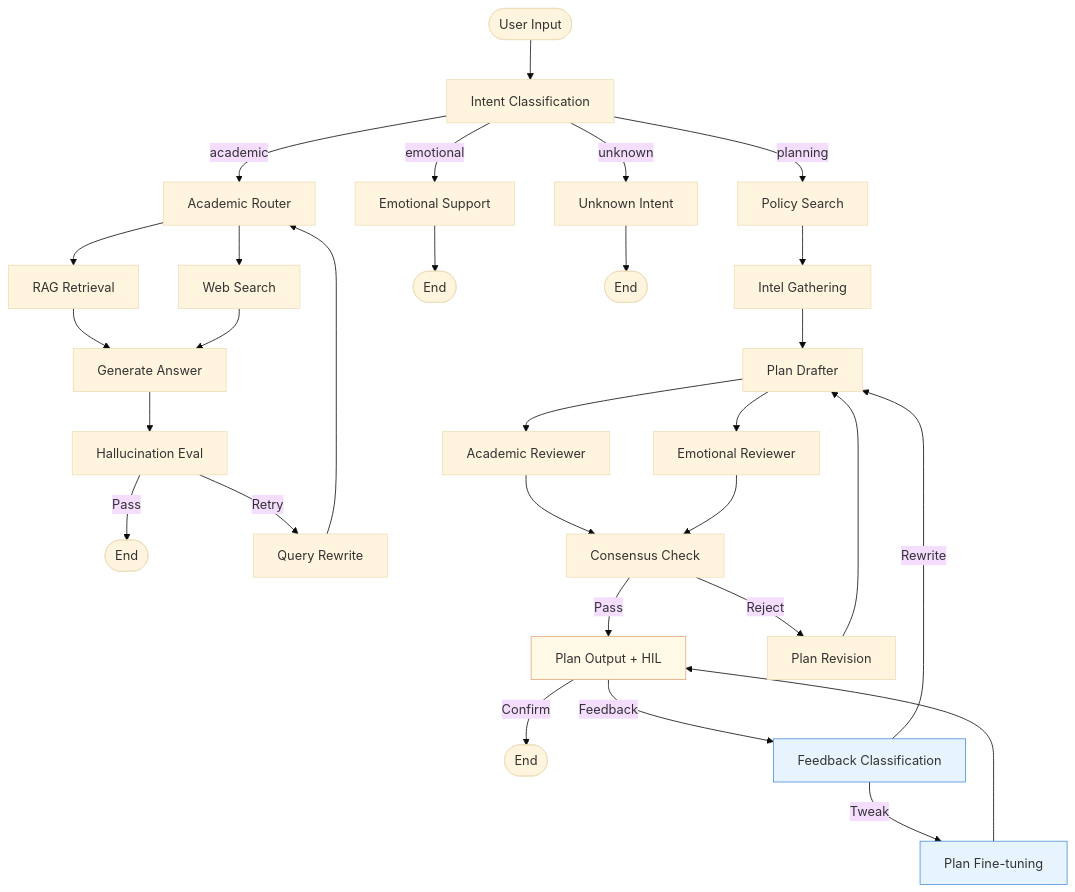
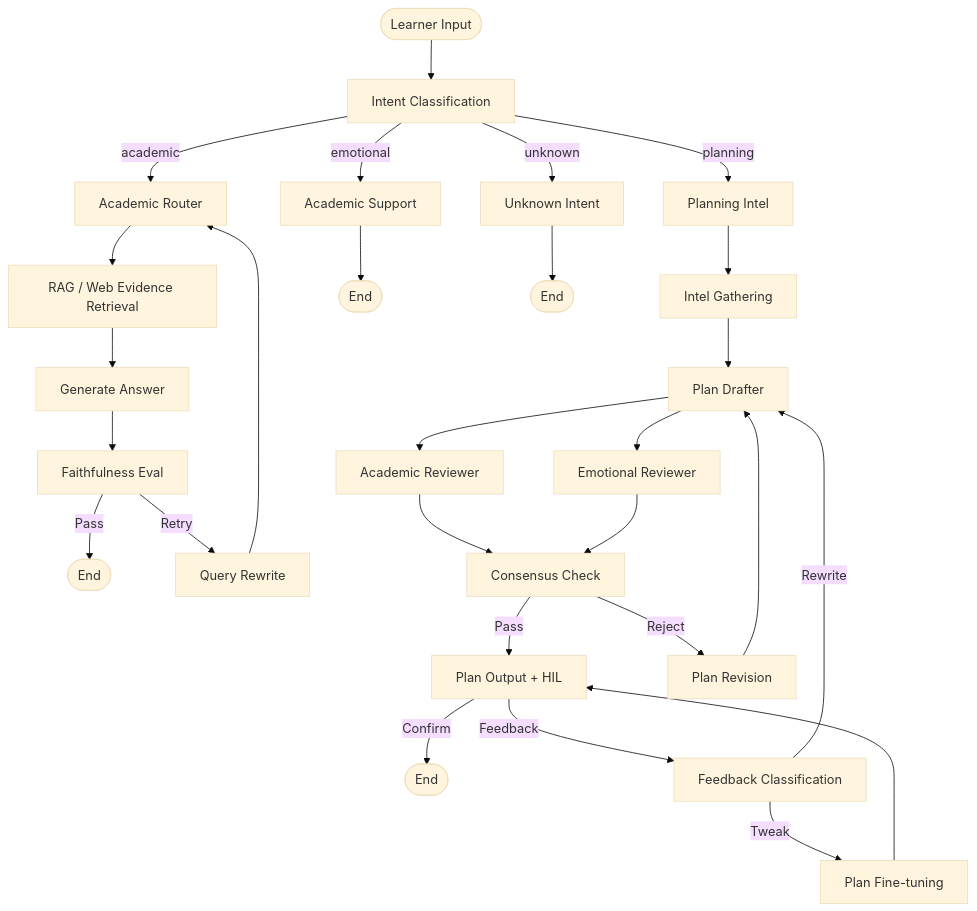
The diagram in README_en.md (kyle-1227/A3_study_agent), drawn with Mermaid (base theme) before and after one commit. The commit also changed other lines of this file and 14 other files, not shown here.

````diff
--- a/README_en.md
+++ b/README_en.md
@@ -90,46 +41,35 @@
 ```mermaid
 graph TD
-  START([User Input]) --> supervisor[Intent Classification]
+  START([Learner Input]) --> supervisor[Intent Classification]
 
   supervisor -->|academic| academic_router[Academic Router]
-  supervisor -->|planning| search_policy[Policy Search]
-  supervisor -->|emotional| emotional_response[Emotional Support]
+  supervisor -->|planning| search_policy[Planning Intel]
+  supervisor -->|emotional| emotional_response[Academic Support]
   supervisor -->|unknown| handle_unknown[Unknown Intent]
 
-  %% Academic branch
-  academic_router --> rag_retrieve[RAG Retrieval]
-  academic_router --> web_search[Web Search]
+  academic_router --> rag_retrieve[RAG / Web Evidence Retrieval]
   rag_retrieve --> generate_answer[Generate Answer]
-  web_search --> generate_answer
-  generate_answer --> evaluate_hallucination[Hallucination Eval]
+  generate_answer --> evaluate_hallucination[Faithfulness Eval]
   evaluate_hallucination -->|Pass| END_A([End])
   evaluate_hallucination -->|Retry| rewrite_query[Query Rewrite]
   rewrite_query --> academic_router
 
-  %% Planning branch
   search_policy --> gather_intel[Intel Gathering]
   gather_intel --> drafter[Plan Drafter]
   drafter --> reviewer_academic[Academic Reviewer]
   drafter --> reviewer_emotional[Emotional Reviewer]
   reviewer_academic --> consensus_check[Consensus Check]
   reviewer_emotional --> consensus_check
   consensus_check -->|Pass| plan_output[Plan Output + HIL]
   consensus_check -->|Reject| adv_rewrite[Plan Revision]
   adv_rewrite --> drafter
 
-  %% HIL feedback loop
   plan_output -->|Confirm| END_P([End])
   plan_output -->|Feedback| feedback_router[Feedback Classification]
   feedback_router -->|Tweak| plan_tweak[Plan Fine-tuning]
   feedback_router -->|Rewrite| drafter
   plan_tweak --> plan_output
 
-  %% Terminal nodes
   emotional_response --> END_E([End])
   handle_unknown --> END_U([End])
-
-  %% Styling
-  style plan_output fill:#FFF9E6,stroke:#E8A87C
-  style feedback_router fill:#E8F4FD,stroke:#4A90D9
-  style plan_tweak fill:#E8F4FD,stroke:#4A90D9
 ```
````
